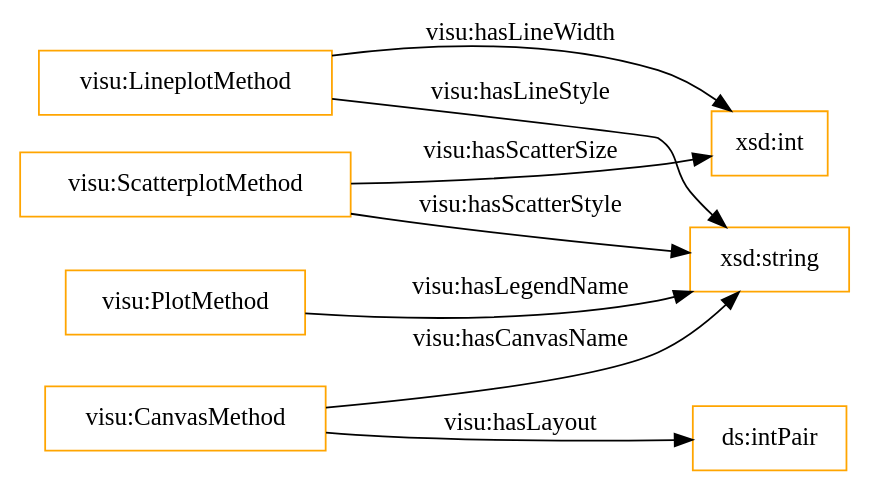
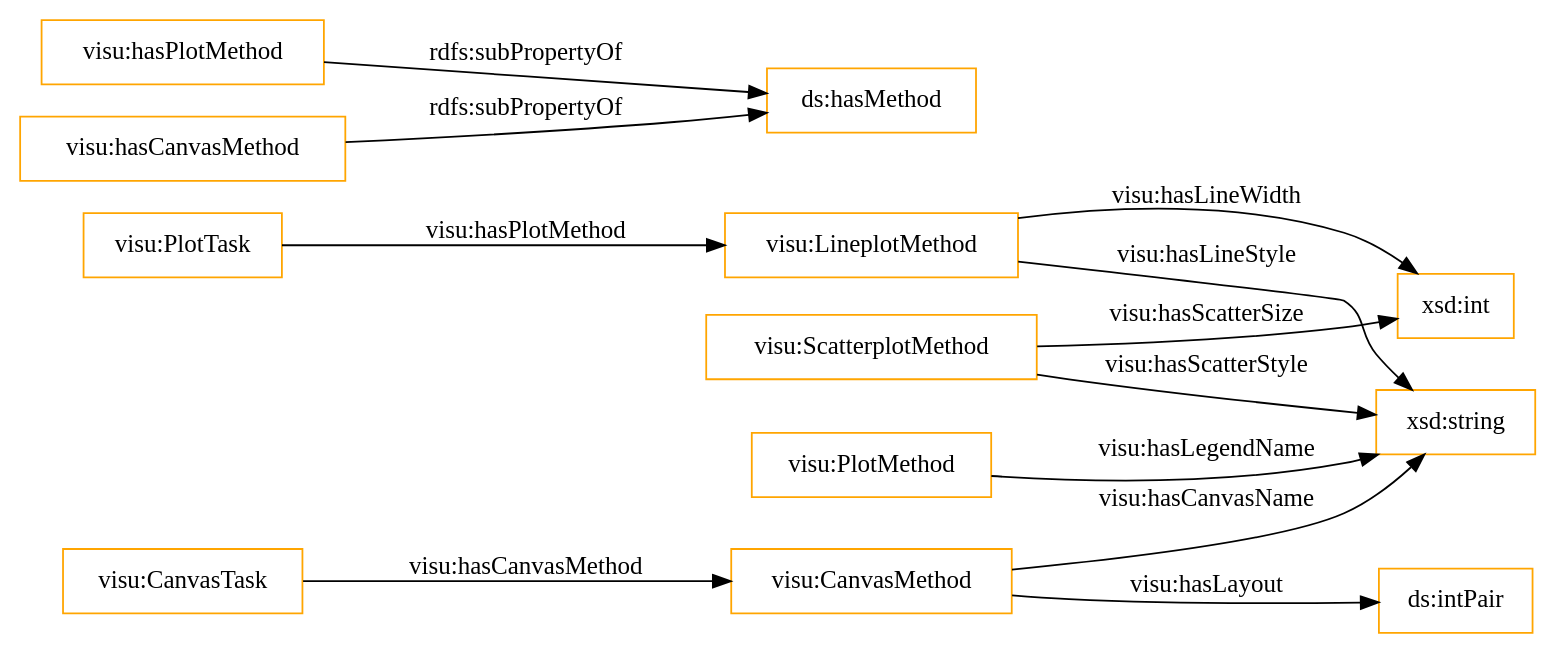
Before and after one commit to nsai-uio/ExeKGOntology: the diagram in OnToology/visu_exeKGOntology.ttl/diagrams/ar2dtool-class/visu_exeKGOntology.ttl.png.dot, drawn with Graphviz. The commit also changed 12 other files, not shown here.

```diff
--- a/OnToology/visu_exeKGOntology.ttl/diagrams/ar2dtool-class/visu_exeKGOntology.ttl.png.dot
+++ b/OnToology/visu_exeKGOntology.ttl/diagrams/ar2dtool-class/visu_exeKGOntology.ttl.png.dot
@@ -1,13 +1,17 @@
 digraph ar2dtool_diagram { 
 rankdir=LR;
 size="1501"
-node [shape = rectangle, color="orange"]; "visu:ScatterplotMethod" "visu:PlotMethod" "visu:LineplotMethod" "visu:CanvasMethod" ; /*classes style*/
+node [shape = rectangle, color="orange"]; "visu:ScatterplotMethod" "visu:LineplotMethod" "visu:PlotTask" "visu:PlotMethod" "visu:CanvasTask" "visu:CanvasMethod" ; /*classes style*/
+	"visu:hasPlotMethod" -> "ds:hasMethod" [ label = "rdfs:subPropertyOf" ];
+	"visu:hasCanvasMethod" -> "ds:hasMethod" [ label = "rdfs:subPropertyOf" ];
 	"visu:LineplotMethod" -> "xsd:string" [ label = "visu:hasLineStyle" ];
 	"visu:ScatterplotMethod" -> "xsd:string" [ label = "visu:hasScatterStyle" ];
+	"visu:PlotTask" -> "visu:LineplotMethod" [ label = "visu:hasPlotMethod" ];
 	"visu:ScatterplotMethod" -> "xsd:int" [ label = "visu:hasScatterSize" ];
 	"visu:CanvasMethod" -> "ds:intPair" [ label = "visu:hasLayout" ];
+	"visu:CanvasTask" -> "visu:CanvasMethod" [ label = "visu:hasCanvasMethod" ];
 	"visu:CanvasMethod" -> "xsd:string" [ label = "visu:hasCanvasName" ];
 	"visu:LineplotMethod" -> "xsd:int" [ label = "visu:hasLineWidth" ];
 	"visu:PlotMethod" -> "xsd:string" [ label = "visu:hasLegendName" ];
 
 }
```
